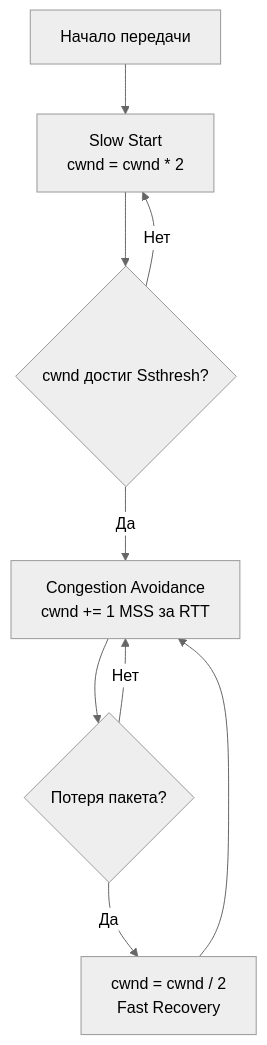
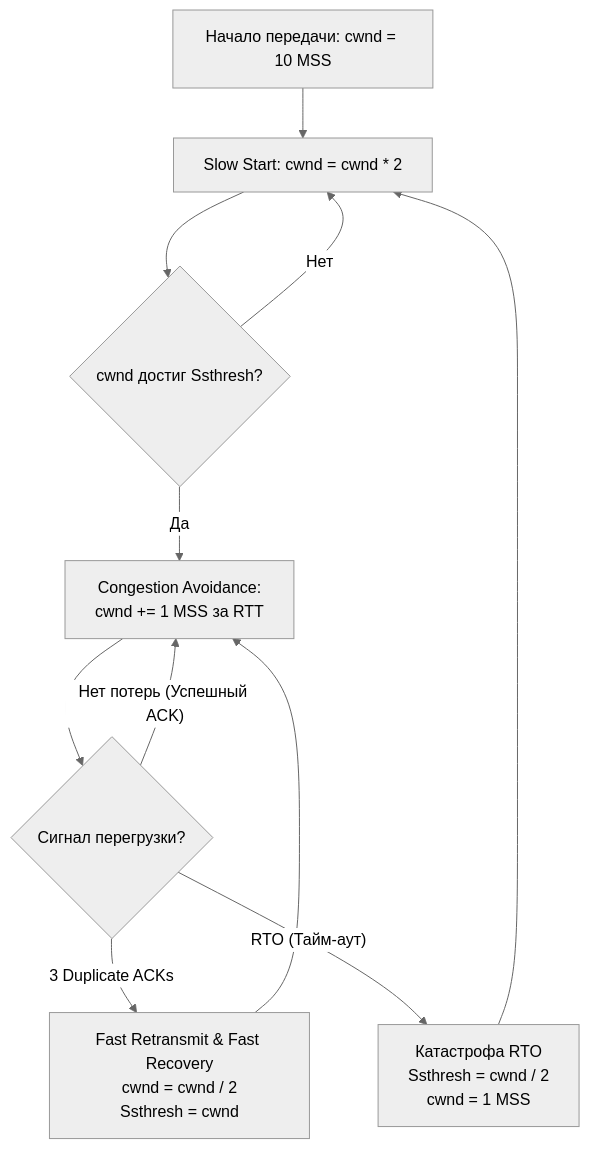
One commit to UnrealTemplier/go-textbook changed the second of 4 diagrams in sources/3. Компьютерные сети и сетевой стек/13. Congestion Algorithms. Reno, Cubic, BBR.md. Above: the diagram before and after it, drawn with Mermaid (neutral theme). The commit also changed other lines of this file, not shown here.

Commit message:
feat(module-03): editorial rewrite of Lecture 13 (Congestion Control, Reno, Cubic, BBR, BDP, Bufferbloat) in Kernighan style

````diff
--- a/sources/3. Компьютерные сети и сетевой стек/13. Congestion Algorithms. Reno, Cubic, BBR.md
+++ b/sources/3. Компьютерные сети и сетевой стек/13. Congestion Algorithms. Reno, Cubic, BBR.md
@@ -21,11 +82,13 @@
 ```mermaid
 flowchart TD
-    A["Начало передачи"] --> B["Slow Start<br>cwnd = cwnd * 2"]
+    A["Начало передачи: cwnd = 10 MSS"] --> B["Slow Start: cwnd = cwnd * 2"]
     B --> C{"cwnd достиг Ssthresh?"}
     C -->|Нет| B
-    C -->|Да| D["Congestion Avoidance<br>cwnd += 1 MSS за RTT"]
-    D --> E{"Потеря пакета?"}
-    E -->|Да| F["cwnd = cwnd / 2<br>Fast Recovery"]
+    C -->|Да| D["Congestion Avoidance:<br>cwnd += 1 MSS за RTT"]
+    D --> E{"Сигнал перегрузки?"}
+    E -->|"3 Duplicate ACKs"| F["Fast Retransmit & Fast Recovery<br>cwnd = cwnd / 2<br>Ssthresh = cwnd"]
     F --> D
-    E -->|Нет| D
+    E -->|"RTO (Тайм-аут)"| G["Катастрофа RTO<br>Ssthresh = cwnd / 2<br>cwnd = 1 MSS"]
+    G --> B
+    E -->|"Нет потерь (Успешный ACK)"| D
 ```
````
